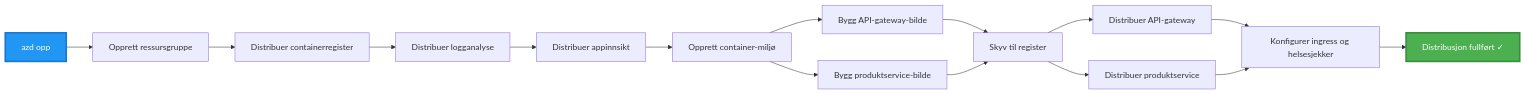
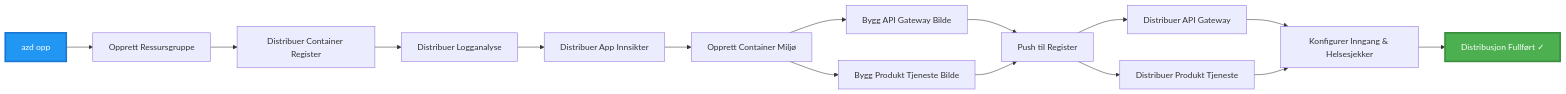
One commit to microsoft/AZD-for-beginners changed the third of 4 diagrams in translations/no/examples/microservices/README.md. Above: the diagram before and after it, drawn with Mermaid. The commit also changed other lines of this file and 242 other files, not shown here.

````diff
--- a/translations/no/examples/microservices/README.md
+++ b/translations/no/examples/microservices/README.md
@@ -242,20 +233,20 @@
 ```mermaid
 graph LR
-    A[azd opp] --> B[Opprett ressursgruppe]
-    B --> C[Distribuer containerregister]
-    C --> D[Distribuer logganalyse]
-    D --> E[Distribuer appinnsikt]
-    E --> F[Opprett container-miljø]
-    F --> G[Bygg API-gateway-bilde]
-    F --> H[Bygg produktservice-bilde]
-    G --> I[Skyv til register]
+    A[azd opp] --> B[Opprett Ressursgruppe]
+    B --> C[Distribuer Container Register]
+    C --> D[Distribuer Logganalyse]
+    D --> E[Distribuer App Innsikter]
+    E --> F[Opprett Container Miljø]
+    F --> G[Bygg API Gateway Bilde]
+    F --> H[Bygg Produkt Tjeneste Bilde]
+    G --> I[Push til Register]
     H --> I
-    I --> J[Distribuer API-gateway]
-    I --> K[Distribuer produktservice]
-    J --> L[Konfigurer ingress og helsesjekker]
+    I --> J[Distribuer API Gateway]
+    I --> K[Distribuer Produkt Tjeneste]
+    J --> L[Konfigurer Inngang & Helsesjekker]
     K --> L
-    L --> M[Distribusjon fullført ✓]
+    L --> M[Distribusjon Fullført ✓]
     
     style A fill:#2196F3,stroke:#1976D2,stroke-width:3px,color:#fff
     style M fill:#4CAF50,stroke:#388E3C,stroke-width:3px,color:#fff
 ```
````
